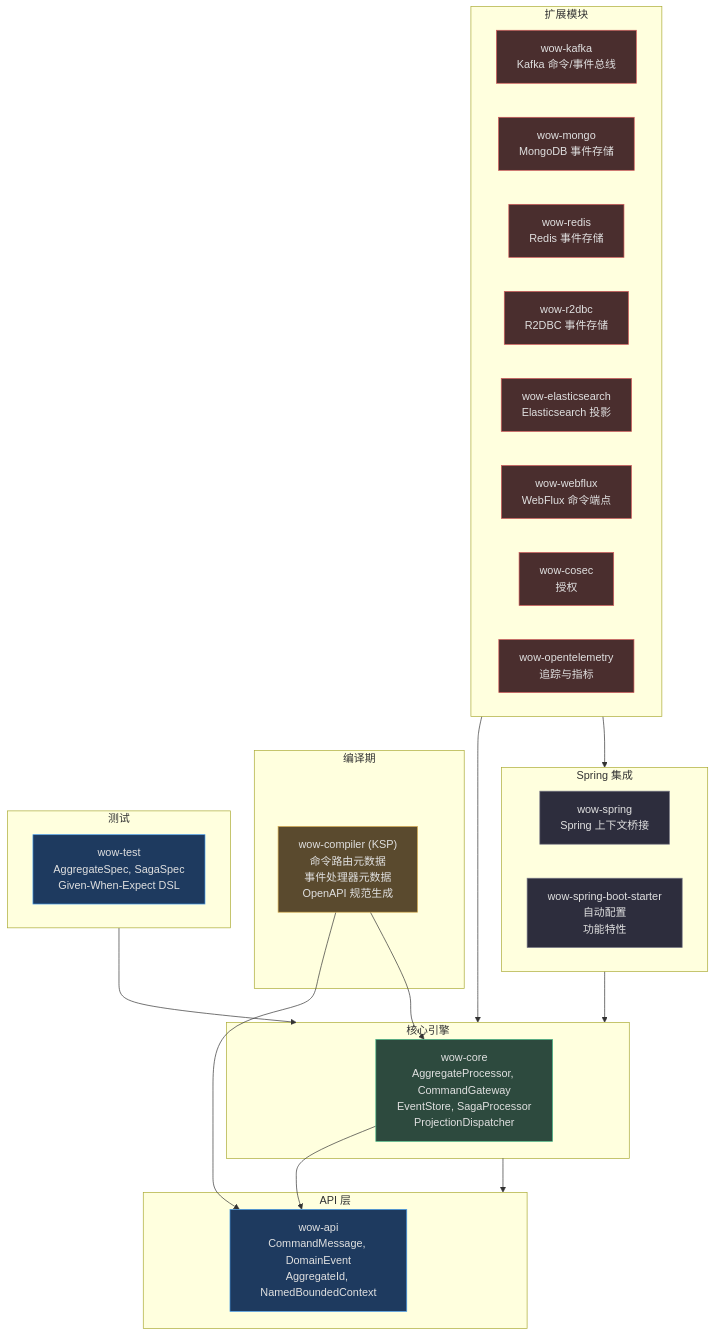
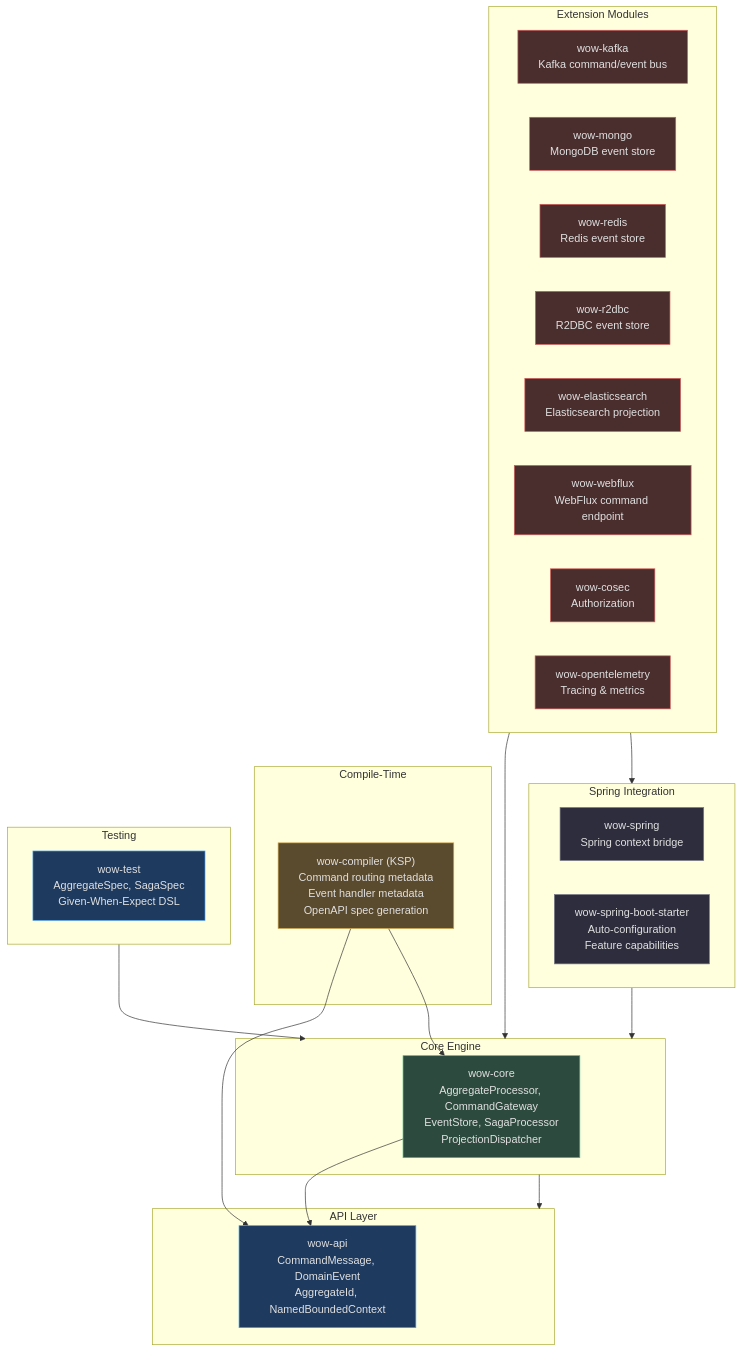
The first of 6 diagrams in documentation/docs/zh/guide/advanced/architecture.md (Ahoo-Wang/Wow), drawn with Mermaid before and after one commit. The commit also changed other lines of this file and 79 other files, not shown here.

First line of the commit message:
docs: restructure documentation into three-layer progressive architecture

````diff
--- a/documentation/docs/zh/guide/advanced/architecture.md
+++ b/documentation/docs/zh/guide/advanced/architecture.md
@@ -34,58 +34,58 @@
 ```mermaid
 flowchart TB
-    subgraph API["API 层<br>"]
+    subgraph API["API Layer<br>"]
         A1["wow-api<br>CommandMessage, DomainEvent<br>AggregateId, NamedBoundedContext"]
     end
 
-    subgraph CORE["核心引擎"]
+    subgraph CORE["Core Engine"]
         C1["wow-core<br>AggregateProcessor, CommandGateway<br>EventStore, SagaProcessor<br>ProjectionDispatcher"]
     end
 
-    subgraph COMPILE["编译期"]
-        K1["wow-compiler (KSP)<br>命令路由元数据<br>事件处理器元数据<br>OpenAPI 规范生成"]
+    subgraph COMPILE["Compile-Time"]
+        K1["wow-compiler (KSP)<br>Command routing metadata<br>Event handler metadata<br>OpenAPI spec generation"]
     end
 
-    subgraph EXT["扩展模块"]
-        E1["wow-kafka<br>Kafka 命令/事件总线"]
-        E2["wow-mongo<br>MongoDB 事件存储"]
-        E3["wow-redis<br>Redis 事件存储"]
-        E4["wow-r2dbc<br>R2DBC 事件存储"]
-        E5["wow-elasticsearch<br>Elasticsearch 投影"]
-        E6["wow-webflux<br>WebFlux 命令端点"]
-        E7["wow-cosec<br>授权"]
-        E8["wow-opentelemetry<br>追踪与指标"]
+    subgraph EXT["Extension Modules"]
+        E1["wow-kafka<br>Kafka command/event bus"]
+        E2["wow-mongo<br>MongoDB event store"]
+        E3["wow-redis<br>Redis event store"]
+        E4["wow-r2dbc<br>R2DBC event store"]
+        E5["wow-elasticsearch<br>Elasticsearch projection"]
+        E6["wow-webflux<br>WebFlux command endpoint"]
+        E7["wow-cosec<br>Authorization"]
+        E8["wow-opentelemetry<br>Tracing & metrics"]
     end
 
-    subgraph SPRING["Spring 集成"]
-        S1["wow-spring<br>Spring 上下文桥接"]
-        S2["wow-spring-boot-starter<br>自动配置<br>功能特性"]
+    subgraph SPRING["Spring Integration"]
+        S1["wow-spring<br>Spring context bridge"]
+        S2["wow-spring-boot-starter<br>Auto-configuration<br>Feature capabilities"]
     end
 
-    subgraph TEST["测试"]
+    subgraph TEST["Testing"]
         T1["wow-test<br>AggregateSpec, SagaSpec<br>Given-When-Expect DSL"]
     end
 
     C1 --> A1
     K1 --> A1
     K1 --> C1
     CORE --> API
     EXT --> CORE
     SPRING --> CORE
     EXT --> SPRING
     TEST --> CORE
 
     style A1 fill:#1e3a5f,stroke:#4a9eed,color:#e0e0e0
     style C1 fill:#2d4a3e,stroke:#4aba8a,color:#e0e0e0
     style K1 fill:#5a4a2e,stroke:#d4a84b,color:#e0e0e0
     style E1 fill:#4a2e2e,stroke:#d45b5b,color:#e0e0e0
     style E2 fill:#4a2e2e,stroke:#d45b5b,color:#e0e0e0
     style E3 fill:#4a2e2e,stroke:#d45b5b,color:#e0e0e0
     style E4 fill:#4a2e2e,stroke:#d45b5b,color:#e0e0e0
     style E5 fill:#4a2e2e,stroke:#d45b5b,color:#e0e0e0
     style E6 fill:#4a2e2e,stroke:#d45b5b,color:#e0e0e0
     style E7 fill:#4a2e2e,stroke:#d45b5b,color:#e0e0e0
     style E8 fill:#4a2e2e,stroke:#d45b5b,color:#e0e0e0
     style S1 fill:#2d2d3d,stroke:#7a7a8a,color:#e0e0e0
     style S2 fill:#2d2d3d,stroke:#7a7a8a,color:#e0e0e0
     style T1 fill:#1e3a5f,stroke:#4a9eed,color:#e0e0e0
 ```
````
